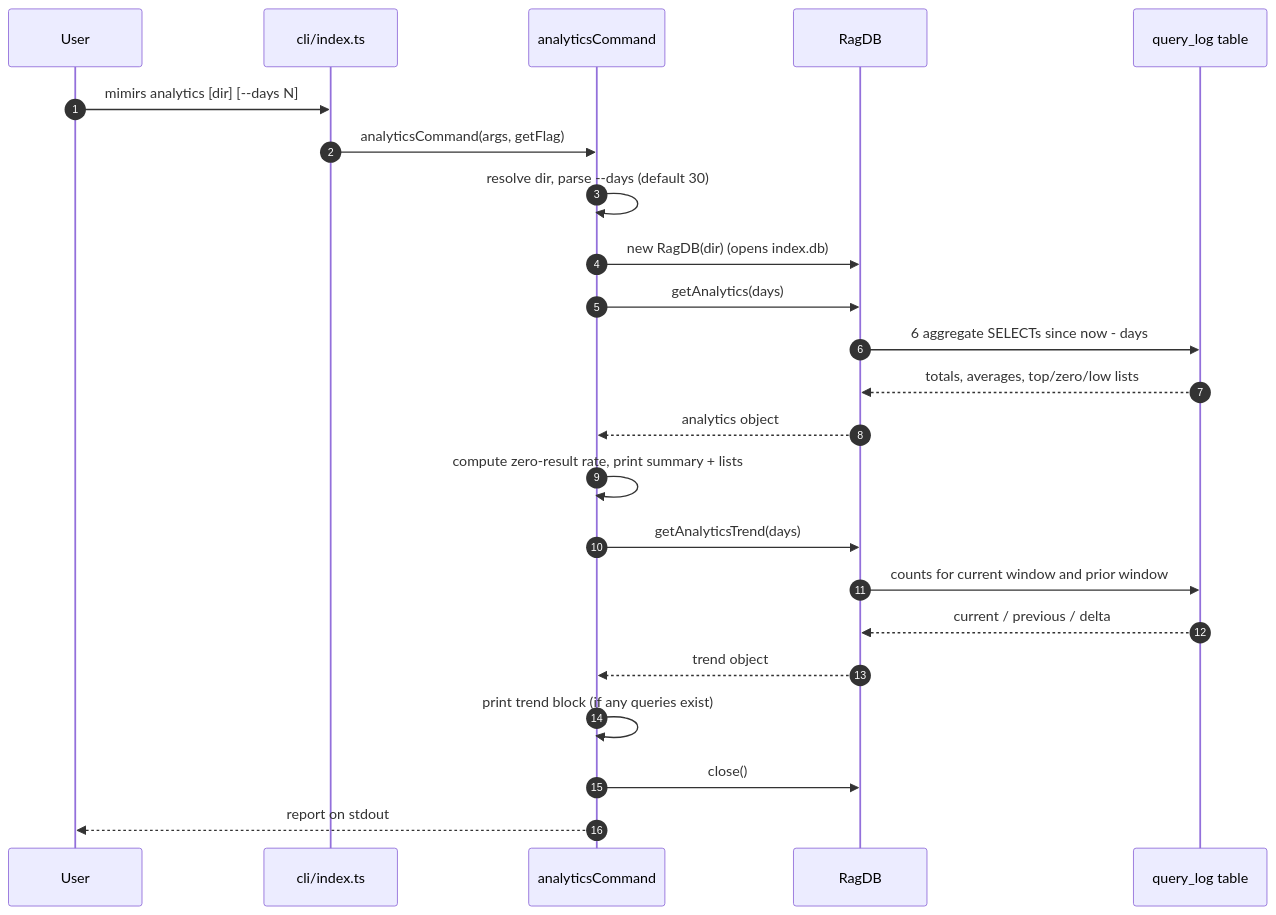
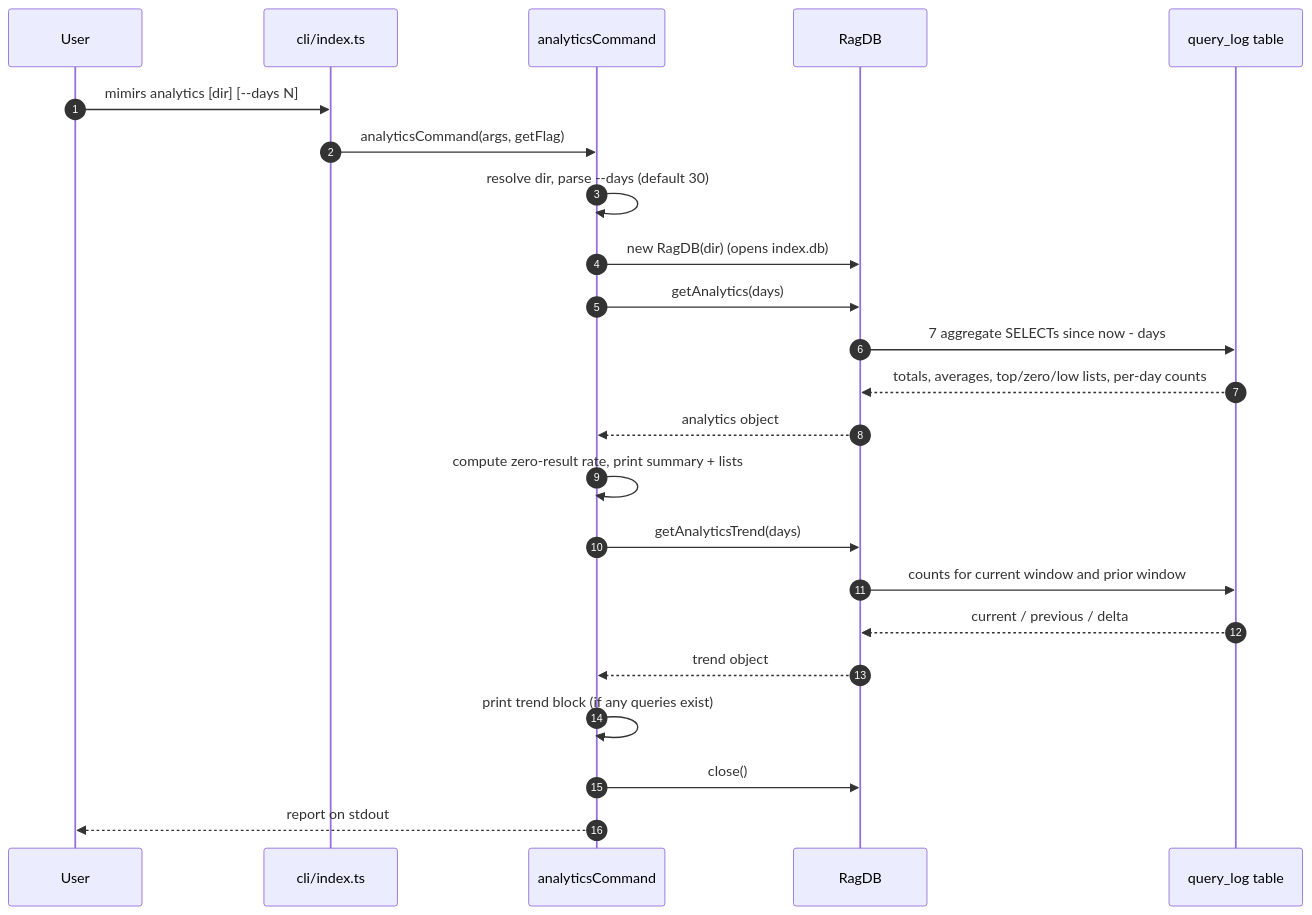
Before and after one commit to TheWinci/mimirs: the diagram in wiki/cli/analytics.md, drawn with Mermaid. The commit also changed other lines of this file and 55 other files, not shown here.

````diff
--- a/wiki/cli/analytics.md
+++ b/wiki/cli/analytics.md
@@ -57,26 +56,26 @@
 ```mermaid
 sequenceDiagram
     autonumber
     participant User
     participant Dispatch as cli/index.ts
     participant Handler as analyticsCommand
     participant DB as RagDB
     participant Log as query_log table
 
     User->>Dispatch: mimirs analytics [dir] [--days N]
     Dispatch->>Handler: analyticsCommand(args, getFlag)
     Handler->>Handler: resolve dir, parse --days (default 30)
     Handler->>DB: new RagDB(dir) (opens index.db)
     Handler->>DB: getAnalytics(days)
-    DB->>Log: 6 aggregate SELECTs since now - days
-    Log-->>DB: totals, averages, top/zero/low lists
+    DB->>Log: 7 aggregate SELECTs since now - days
+    Log-->>DB: totals, averages, top/zero/low lists, per-day counts
     DB-->>Handler: analytics object
     Handler->>Handler: compute zero-result rate, print summary + lists
     Handler->>DB: getAnalyticsTrend(days)
     DB->>Log: counts for current window and prior window
     Log-->>DB: current / previous / delta
     DB-->>Handler: trend object
     Handler->>Handler: print trend block (if any queries exist)
     Handler->>DB: close()
     Handler-->>User: report on stdout
 ```
````
